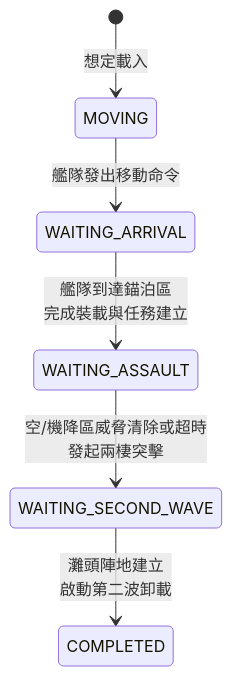
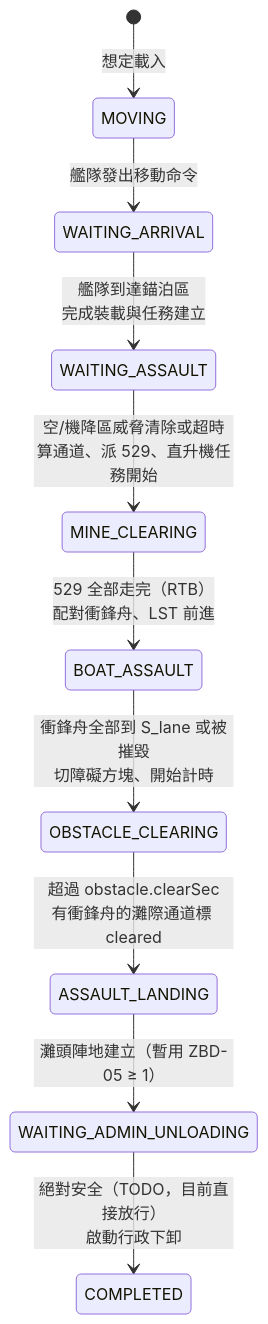
Before and after one commit to pullupjumper/formosa-in-flames: the second of 3 diagrams in docs/landingOps/README.md, drawn with Mermaid. The commit also changed other lines of this file and 39 other files, not shown here.

First line of the commit message:
feat(landingOps): add lane-based amphibious assault with mine and obstacle clearing

````diff
--- a/docs/landingOps/README.md
+++ b/docs/landingOps/README.md
@@ -112,8 +119,12 @@
 ```mermaid
 stateDiagram-v2
     [*] --> MOVING: 想定載入
     MOVING --> WAITING_ARRIVAL: 艦隊發出移動命令
     WAITING_ARRIVAL --> WAITING_ASSAULT: 艦隊到達錨泊區<br>完成裝載與任務建立
-    WAITING_ASSAULT --> WAITING_SECOND_WAVE: 空/機降區威脅清除或超時<br>發起兩棲突擊
-    WAITING_SECOND_WAVE --> COMPLETED: 灘頭陣地建立<br>啟動第二波卸載
+    WAITING_ASSAULT --> MINE_CLEARING: 空/機降區威脅清除或超時<br>算通道、派 529、直升機任務開始
+    MINE_CLEARING --> BOAT_ASSAULT: 529 全部走完（RTB）<br>配對衝鋒舟、LST 前進
+    BOAT_ASSAULT --> OBSTACLE_CLEARING: 衝鋒舟全部到 S_lane 或被摧毀<br>切障礙方塊、開始計時
+    OBSTACLE_CLEARING --> ASSAULT_LANDING: 超過 obstacle.clearSec<br>有衝鋒舟的灘際通道標 cleared
+    ASSAULT_LANDING --> WAITING_ADMIN_UNLOADING: 灘頭陣地建立（暫用 ZBD-05 ≥ 1）
+    WAITING_ADMIN_UNLOADING --> COMPLETED: 絕對安全（TODO，目前直接放行）<br>啟動行政下卸
 ```
````
